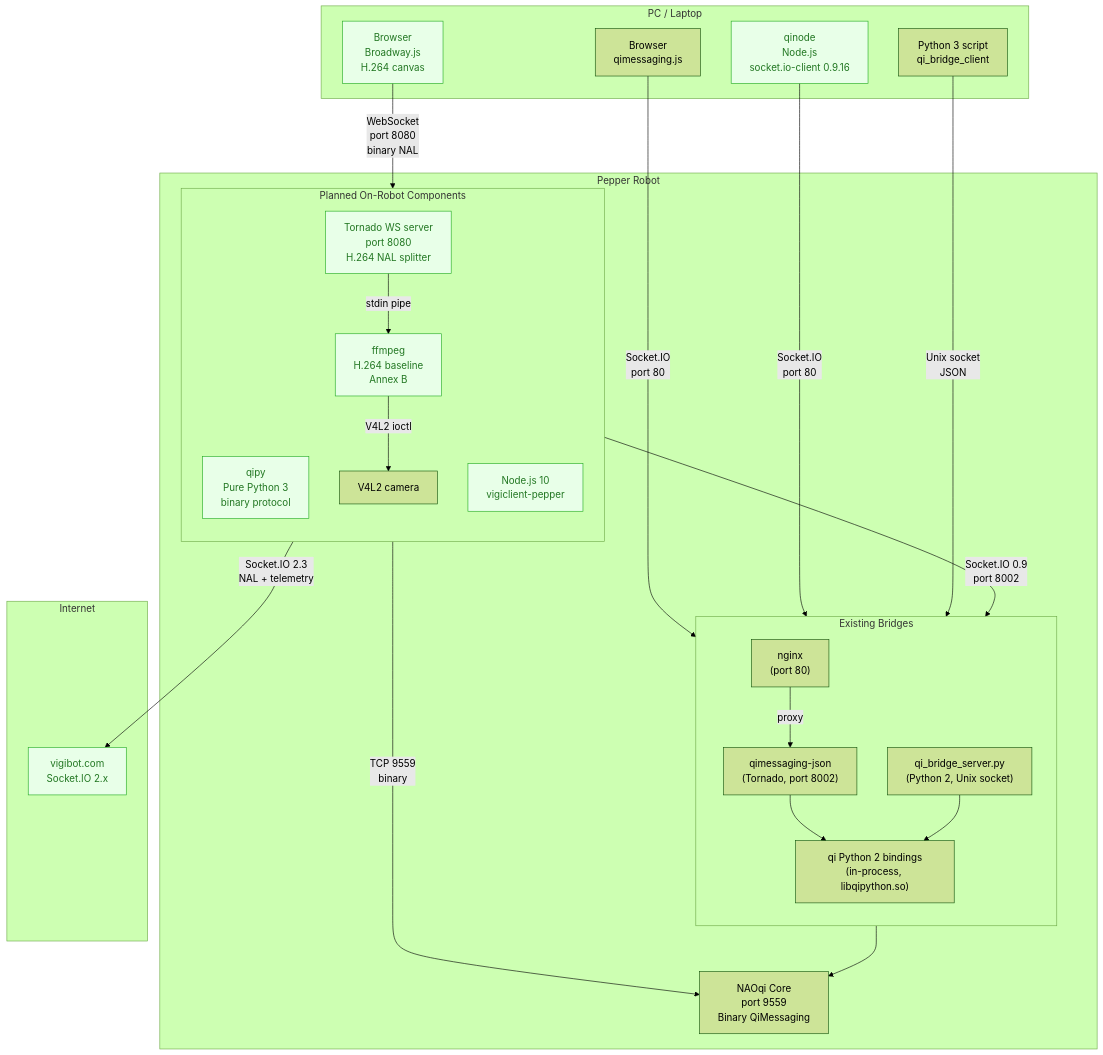
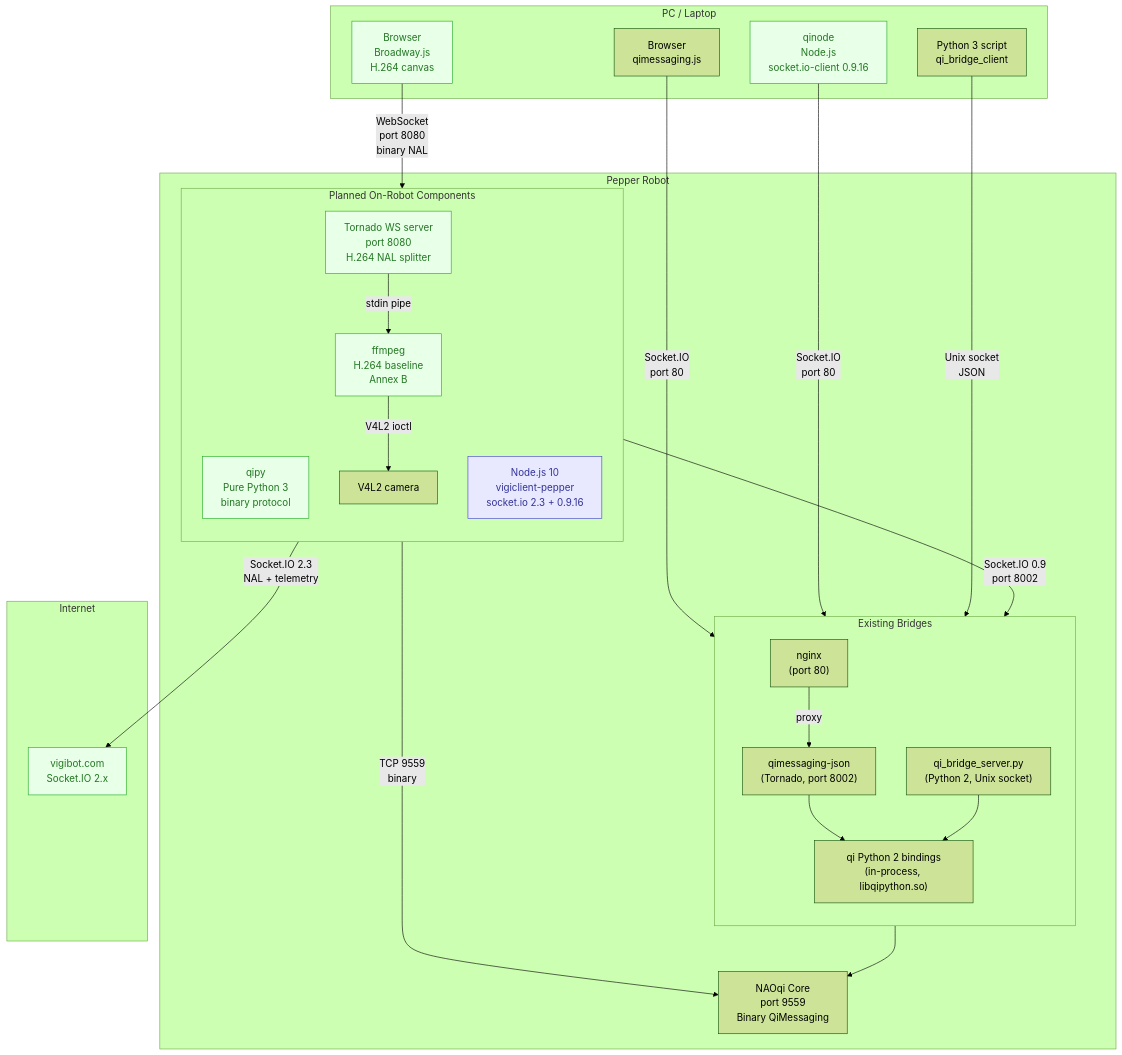
One commit to joseluu/pepper changed the fourth of 10 diagrams in architecture/PEPPER.md. Above: the diagram before and after it, drawn with Mermaid (forest theme). The commit also changed other lines of this file and 9 other files, not shown here.

````diff
--- a/architecture/PEPPER.md
+++ b/architecture/PEPPER.md
@@ -190,53 +192,54 @@
 ```mermaid
 flowchart TB
   subgraph ROBOT["Pepper Robot"]
     NAOQI["NAOqi Core\nport 9559\nBinary QiMessaging"]
 
     subgraph EXISTING_BRIDGES["Existing Bridges"]
       direction TB
       QI_PY2["qi Python 2 bindings\n(in-process, libqipython.so)"]
       QIMSG["qimessaging-json\n(Tornado, port 8002)"]
       NGINX["nginx\n(port 80)"]
       QI_BRIDGE["qi_bridge_server.py\n(Python 2, Unix socket)"]
     end
 
     subgraph PLANNED_ONROBOT["Planned On-Robot Components"]
       direction TB
       QIPY["qipy\nPure Python 3\nbinary protocol"]:::planned
-      NODE10["Node.js 10\nvigiclient-pepper"]:::planned
+      NODE10["Node.js 10\nvigiclient-pepper\nsocket.io 2.3 + 0.9.16"]:::done
       WS_H264["Tornado WS server\nport 8080\nH.264 NAL splitter"]:::planned
       FFMPEG["ffmpeg\nH.264 baseline\nAnnex B"]:::planned
       V4L2["V4L2 camera"]
     end
 
     QI_PY2 --> NAOQI
     QIMSG --> QI_PY2
     NGINX -->|"proxy"| QIMSG
     QI_BRIDGE --> QI_PY2
 
     QIPY -->|"TCP 9559\nbinary"| NAOQI
     NODE10 -->|"Socket.IO 0.9\nport 8002"| QIMSG
 
     FFMPEG -->|"V4L2 ioctl"| V4L2
     WS_H264 -->|"stdin pipe"| FFMPEG
   end
 
   subgraph PC["PC / Laptop"]
     BROWSER["Browser\nqimessaging.js"]
     BROADWAY["Browser\nBroadway.js\nH.264 canvas"]:::planned
     QINODE["qinode\nNode.js\nsocket.io-client 0.9.16"]:::planned
     PY3_SCRIPT["Python 3 script\nqi_bridge_client"]
   end
 
   subgraph CLOUD["Internet"]
     VIGIBOT["vigibot.com\nSocket.IO 2.x"]:::planned
   end
 
   BROWSER -->|"Socket.IO\nport 80"| NGINX
   QINODE -->|"Socket.IO\nport 80"| NGINX
   PY3_SCRIPT -->|"Unix socket\nJSON"| QI_BRIDGE
   BROADWAY -->|"WebSocket\nport 8080\nbinary NAL"| WS_H264
   NODE10 -->|"Socket.IO 2.3\nNAL + telemetry"| VIGIBOT
 
   classDef planned fill:#e8ffe8,stroke:#22aa22,color:#227722
+  classDef done fill:#e8e8ff,stroke:#4444cc,color:#333399
 ```
````
